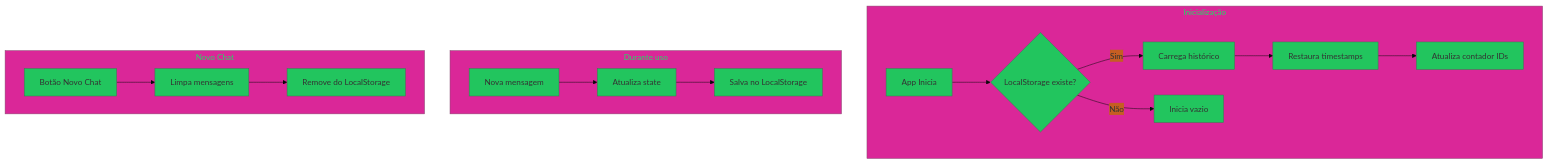
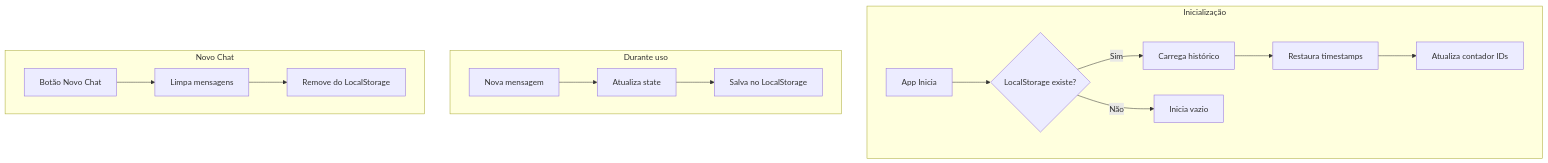
The fourth of 4 diagrams in portfolio-content/projects/desafio_fullstack.md (wmakeouthill/certificados-wesley), drawn with Mermaid before and after one commit. The commit also changed other lines of this file and 3 other files, not shown here.

````diff
--- a/portfolio-content/projects/desafio_fullstack.md
+++ b/portfolio-content/projects/desafio_fullstack.md
@@ -380,21 +380,21 @@
 ```mermaid
-%%{init: {'theme': 'base', 'themeVariables': { 'primaryColor': '#22c55e'}}}%%
+%%{title: "Fluxo de Persistência (LocalStorage)"}%%
 flowchart TD
     subgraph "Inicialização"
         A[App Inicia] --> B{LocalStorage existe?}
         B -->|Sim| C[Carrega histórico]
         B -->|Não| D[Inicia vazio]
         C --> E[Restaura timestamps]
         E --> F[Atualiza contador IDs]
     end
 
     subgraph "Durante uso"
         G[Nova mensagem] --> H[Atualiza state]
         H --> I[Salva no LocalStorage]
     end
 
     subgraph "Novo Chat"
         J[Botão Novo Chat] --> K[Limpa mensagens]
         K --> L[Remove do LocalStorage]
     end
 ```
````
